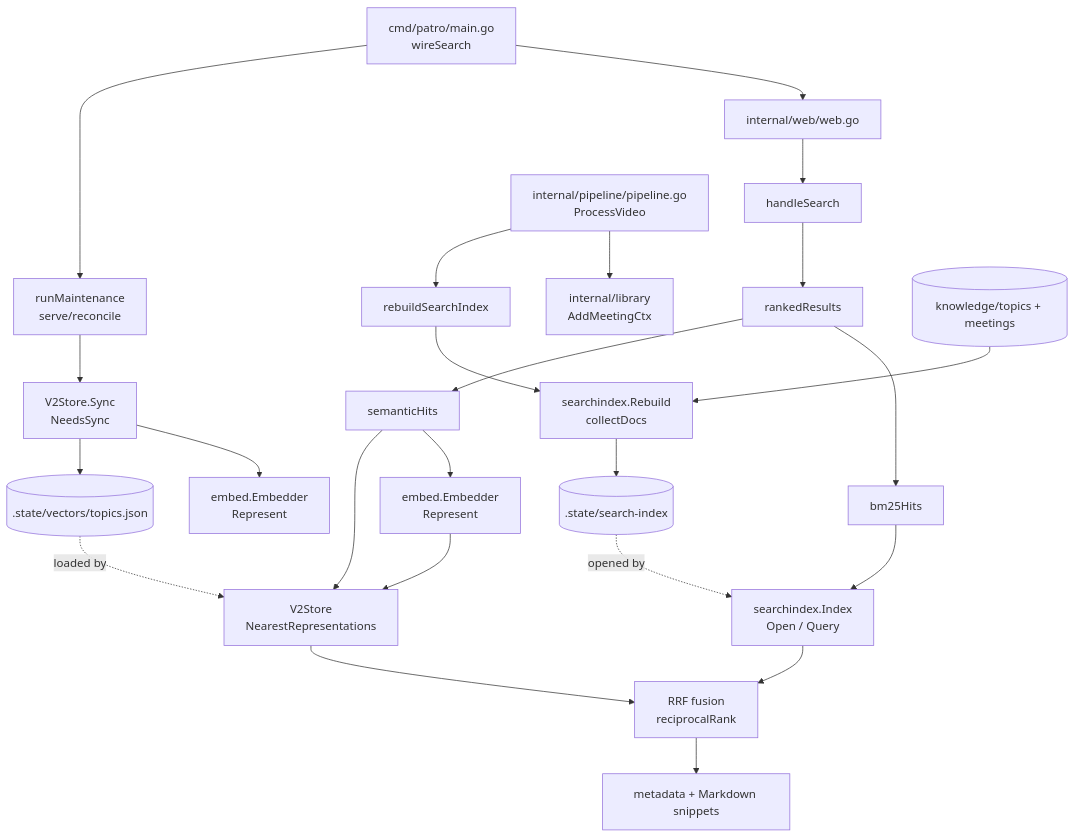
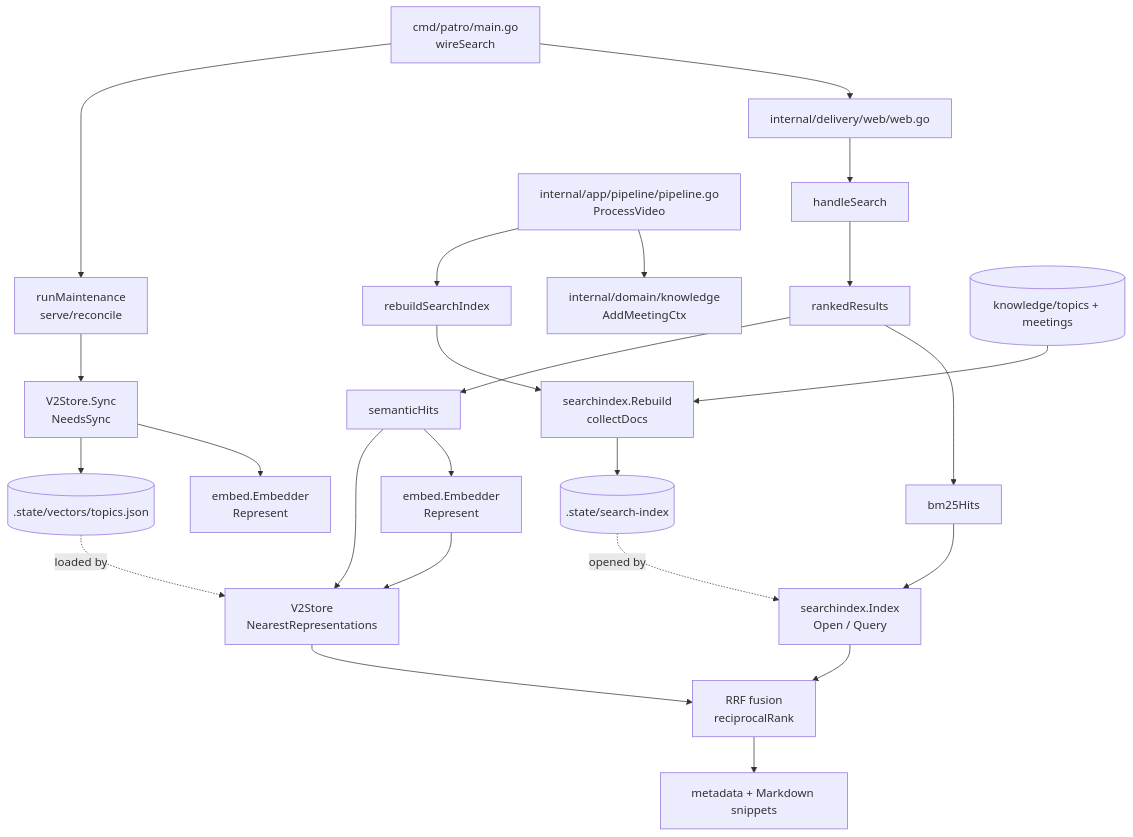
The sixth of 7 diagrams in docs/search-architecture.md (fernando143/patro), drawn with Mermaid before and after one commit. The commit also changed other lines of this file and 170 other files, not shown here.

````diff
--- a/docs/search-architecture.md
+++ b/docs/search-architecture.md
@@ -187,26 +187,26 @@
 ```mermaid
 flowchart TB
-    MAIN[cmd/patro/main.go\nwireSearch] --> WEB[internal/web/web.go]
+    MAIN[cmd/patro/main.go\nwireSearch] --> WEB[internal/delivery/web/web.go]
     MAIN --> MAINT[runMaintenance\nserve/reconcile]
     WEB --> H[handleSearch]
     H --> RR[rankedResults]
     RR --> BM[bm25Hits]
     RR --> SEM[semanticHits]
     BM --> SIQ[searchindex.Index\nOpen / Query]
     SEM --> EMBQ[embed.Embedder\nRepresent]
     SEM --> VQ[V2Store\nNearestRepresentations]
     SIQ --> F[RRF fusion\nreciprocalRank]
     EMBQ --> VQ
     IDX[(.state/search-index)] -. opened by .-> SIQ
     VS[(.state/vectors/topics.json)] -. loaded by .-> VQ
     VQ --> F
     F --> META[metadata + Markdown snippets]
     MAINT --> SYNC[V2Store.Sync\nNeedsSync]
     SYNC --> EMBM[embed.Embedder\nRepresent]
     SYNC --> VS
-    PIPE[internal/pipeline/pipeline.go\nProcessVideo] --> LIB[internal/library\nAddMeetingCtx]
+    PIPE[internal/app/pipeline/pipeline.go\nProcessVideo] --> LIB[internal/domain/knowledge\nAddMeetingCtx]
     PIPE --> REF[rebuildSearchIndex]
     REF --> SIR[searchindex.Rebuild\ncollectDocs]
     MD[(knowledge/topics + meetings)] --> SIR
     SIR --> IDX
 ```
````
